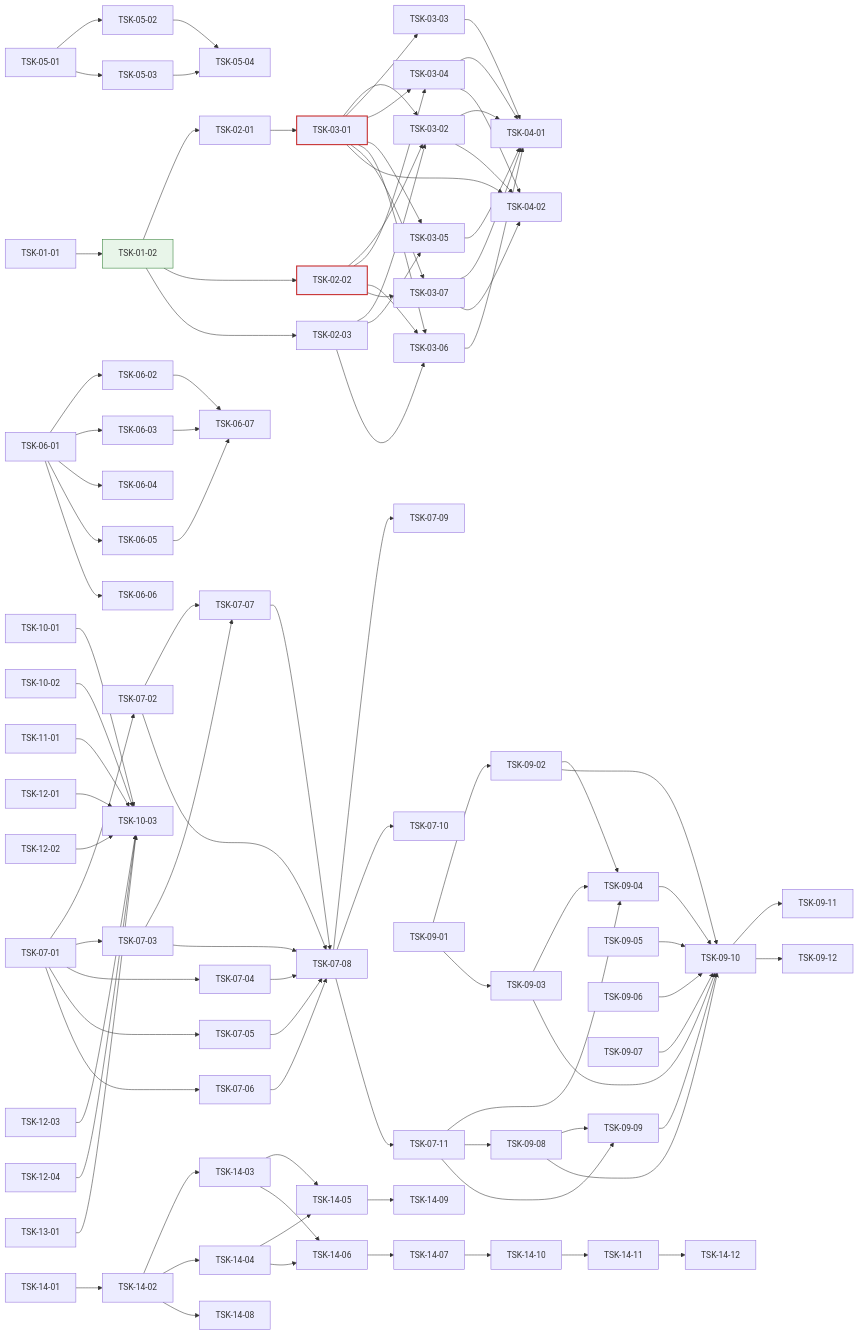
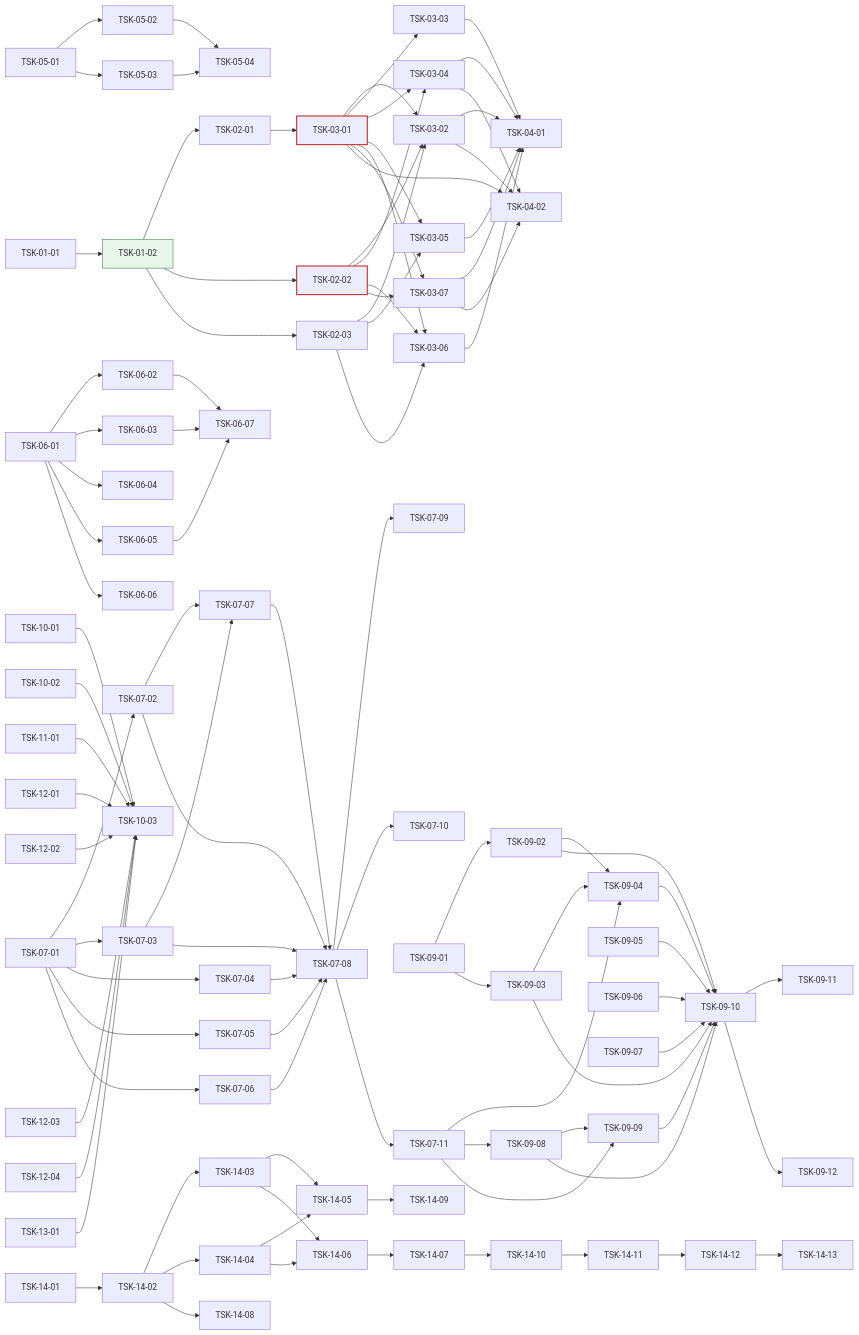
The diagram in docs/oranda1/wbs.md (jongik-sv/oranda), drawn with Mermaid before and after one commit. The commit also changed other lines of this file and 22 other files, not shown here.

```diff
--- a/docs/oranda1/wbs.md
+++ b/docs/oranda1/wbs.md
@@ -1145,6 +1157,7 @@
   TSK-14-07 --> TSK-14-10
   TSK-14-10 --> TSK-14-11
   TSK-14-11 --> TSK-14-12
+  TSK-14-12 --> TSK-14-13
   TSK-14-05 --> TSK-14-09
   style TSK-01-02 fill:#e8f5e9,stroke:#2e7d32
   style TSK-03-01 stroke:#c62828,stroke-width:2px
```
